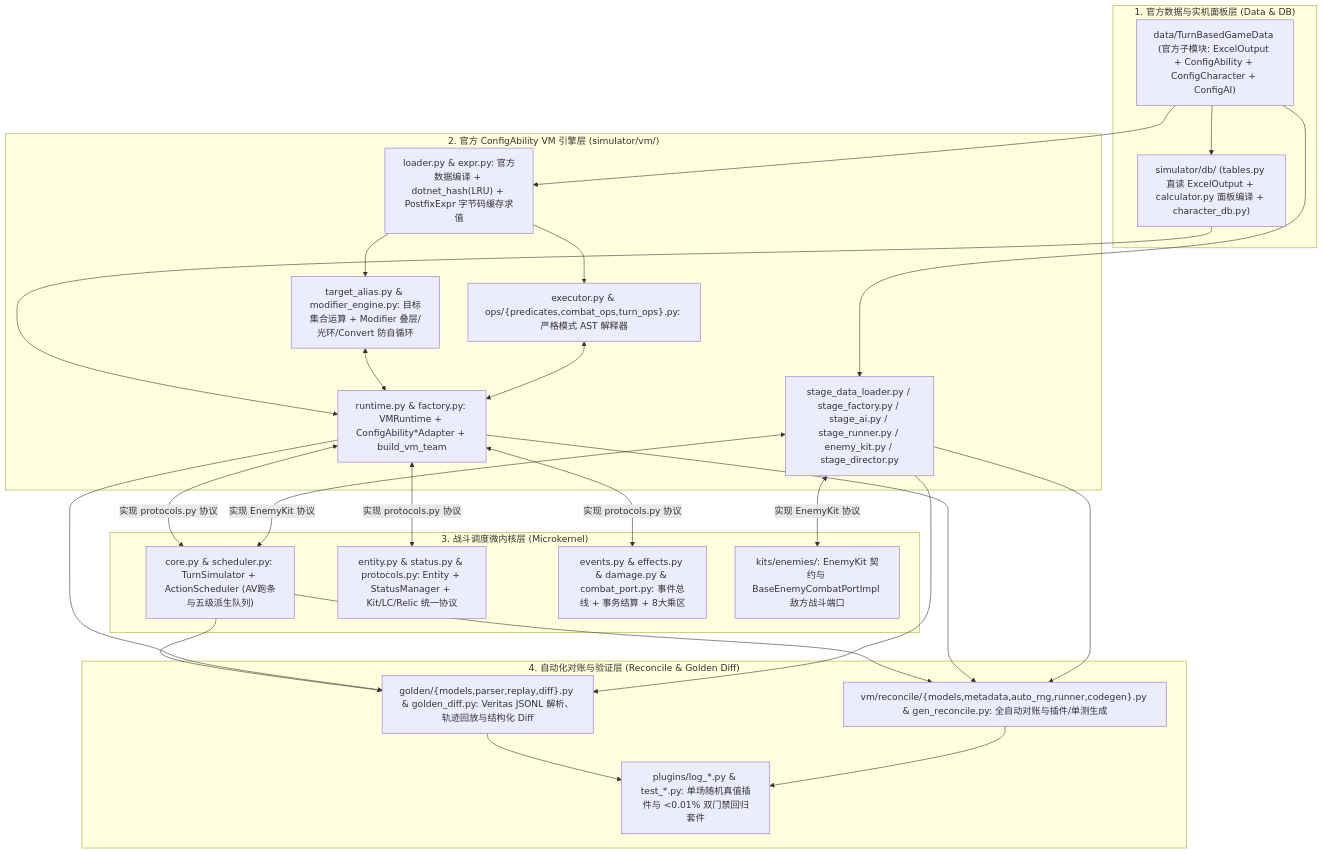
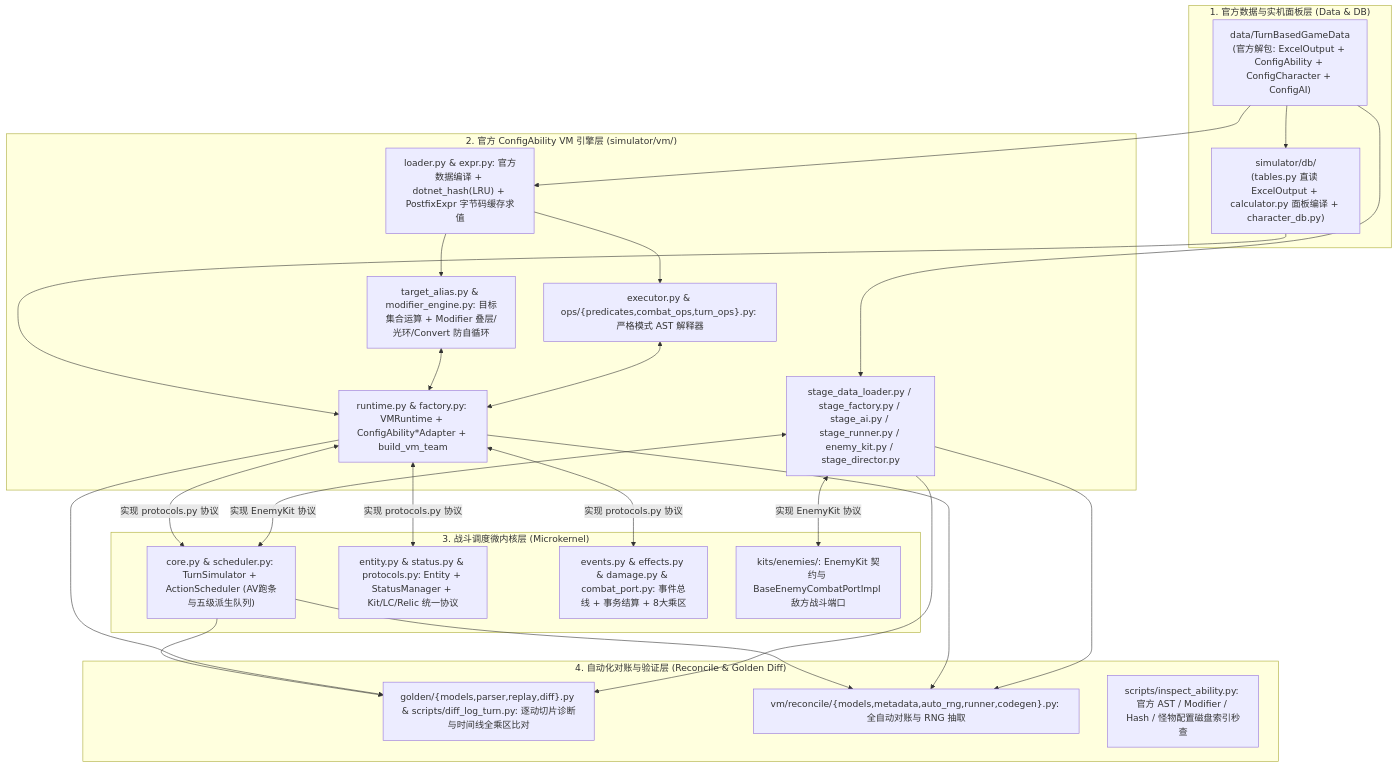
Before and after one commit to sagirisensee/StarRail-Combat-Simulator: the first of 2 diagrams in README.md, drawn with Mermaid. The commit also changed other lines of this file and 44 other files, not shown here.

````diff
--- a/README.md
+++ b/README.md
@@ -16,36 +16,36 @@
 ```mermaid
 flowchart TB
     subgraph L1 ["1. 官方数据与实机面板层 (Data & DB)"]
-        D1["data/TurnBasedGameData (官方子模块: ExcelOutput + ConfigAbility + ConfigCharacter + ConfigAI)"]
-        D2["simulator/db/ (tables.py 直读 ExcelOutput + calculator.py 面板编译 + character_db.py)"]
+        D1["data/TurnBasedGameData\n(官方解包: ExcelOutput + ConfigAbility + ConfigCharacter + ConfigAI)"]
+        D2["simulator/db/\n(tables.py 直读 ExcelOutput + calculator.py 面板编译 + character_db.py)"]
     end
 
     subgraph L2 ["2. 官方 ConfigAbility VM 引擎层 (simulator/vm/)"]
         V1["loader.py & expr.py: 官方数据编译 + dotnet_hash(LRU) + PostfixExpr 字节码缓存求值"]
         V2["target_alias.py & modifier_engine.py: 目标集合运算 + Modifier 叠层/光环/Convert 防自循环"]
         V3["executor.py & ops/{predicates,combat_ops,turn_ops}.py: 严格模式 AST 解释器"]
         V4["runtime.py & factory.py: VMRuntime + ConfigAbility*Adapter + build_vm_team"]
         V5["stage_data_loader.py / stage_factory.py / stage_ai.py / stage_runner.py / enemy_kit.py / stage_director.py"]
     end
 
     subgraph L3 ["3. 战斗调度微内核层 (Microkernel)"]
         C1["core.py & scheduler.py: TurnSimulator + ActionScheduler (AV跑条与五级派生队列)"]
         C2["entity.py & status.py & protocols.py: Entity + StatusManager + Kit/LC/Relic 统一协议"]
         C3["events.py & effects.py & damage.py & combat_port.py: 事件总线 + 事务结算 + 8大乘区"]
         C4["kits/enemies/: EnemyKit 契约与 BaseEnemyCombatPortImpl 敌方战斗端口"]
     end
 
     subgraph L4 ["4. 自动化对账与验证层 (Reconcile & Golden Diff)"]
-        S1["golden/{models,parser,replay,diff}.py & golden_diff.py: Veritas JSONL 解析、轨迹回放与结构化 Diff"]
-        S2["vm/reconcile/{models,metadata,auto_rng,runner,codegen}.py & gen_reconcile.py: 全自动对账与插件/单测生成"]
-        S3["plugins/log_*.py & test_*.py: 单场随机真值插件与 <0.01% 双门禁回归套件"]
+        S1["golden/{models,parser,replay,diff}.py & scripts/diff_log_turn.py: 逐动切片诊断与时间线全乘区比对"]
+        S2["vm/reconcile/{models,metadata,auto_rng,runner,codegen}.py: 全自动对账与 RNG 抽取"]
+        S3["scripts/inspect_ability.py: 官方 AST / Modifier / Hash / 怪物配置磁盘索引秒查"]
     end
 
     D1 --> D2 & V1 & V5
     D2 --> V4
     V1 --> V2 & V3
     V2 & V3 <--> V4
     V4 <-->|实现 protocols.py 协议| C1 & C2 & C3
     V5 <-->|实现 EnemyKit 协议| C1 & C4
-    C1 & V4 & V5 --> S1 & S2 --> S3
+    C1 & V4 & V5 --> S1 & S2
 ```
````
